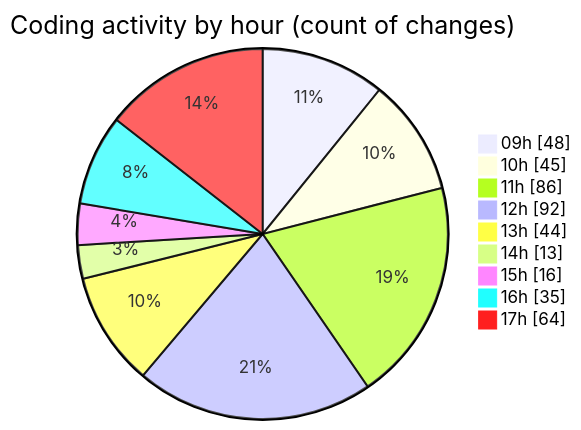
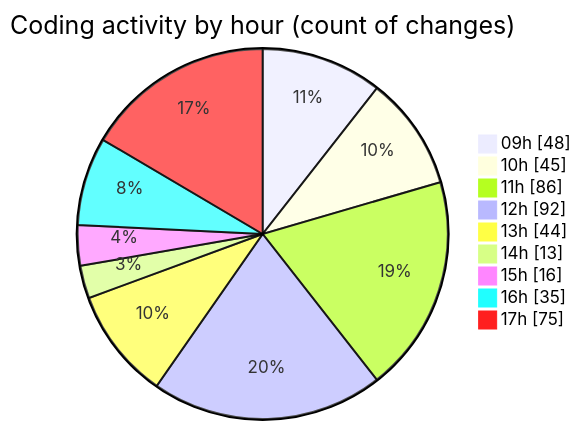
The second of 2 diagrams in 2025-03-14/cda/README.md (momahboobian/code-tracking), drawn with Mermaid before and after one commit. The commit also changed other lines of this file and 1 other file, not shown here.

````diff
--- a/2025-03-14/cda/README.md
+++ b/2025-03-14/cda/README.md
@@ -50,13 +50,13 @@
 ```mermaid
 pie showData
 title Coding activity by hour (count of changes)
 "09h" : 48
 "10h" : 45
 "11h" : 86
 "12h" : 92
 "13h" : 44
 "14h" : 13
 "15h" : 16
 "16h" : 35
-"17h" : 64
+"17h" : 75
 ```
````
